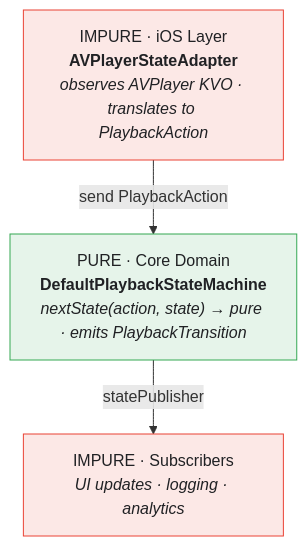
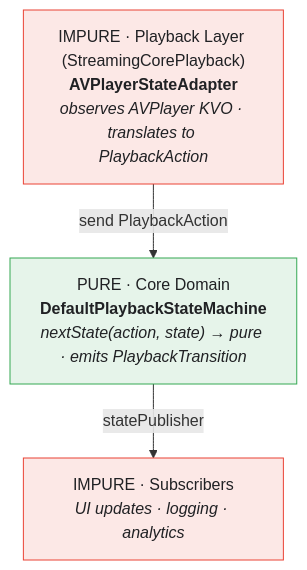
The second of 2 diagrams in docs/STATE-MACHINES.md (tattva20/StreamingVideoApp), drawn with Mermaid before and after one commit. The commit also changed other lines of this file and 43 other files, not shown here.

````diff
--- a/docs/STATE-MACHINES.md
+++ b/docs/STATE-MACHINES.md
@@ -503,15 +507,15 @@
 ```mermaid
 flowchart TB
-    A["IMPURE · iOS Layer<br/><b>AVPlayerStateAdapter</b><br/><i>observes AVPlayer KVO · translates to PlaybackAction</i>"]
+    A["IMPURE · Playback Layer (StreamingCorePlayback)<br/><b>AVPlayerStateAdapter</b><br/><i>observes AVPlayer KVO · translates to PlaybackAction</i>"]
     P["PURE · Core Domain<br/><b>DefaultPlaybackStateMachine</b><br/><i>nextState(action, state) → pure · emits PlaybackTransition</i>"]
     S["IMPURE · Subscribers<br/><i>UI updates · logging · analytics</i>"]
 
     A -->|send PlaybackAction| P
     P -->|statePublisher| S
 
     classDef impure fill:#fce8e6,stroke:#ea4335,color:#202124;
     classDef pure fill:#e6f4ea,stroke:#34a853,color:#202124;
     class A impure
     class S impure
     class P pure
 ```
````
